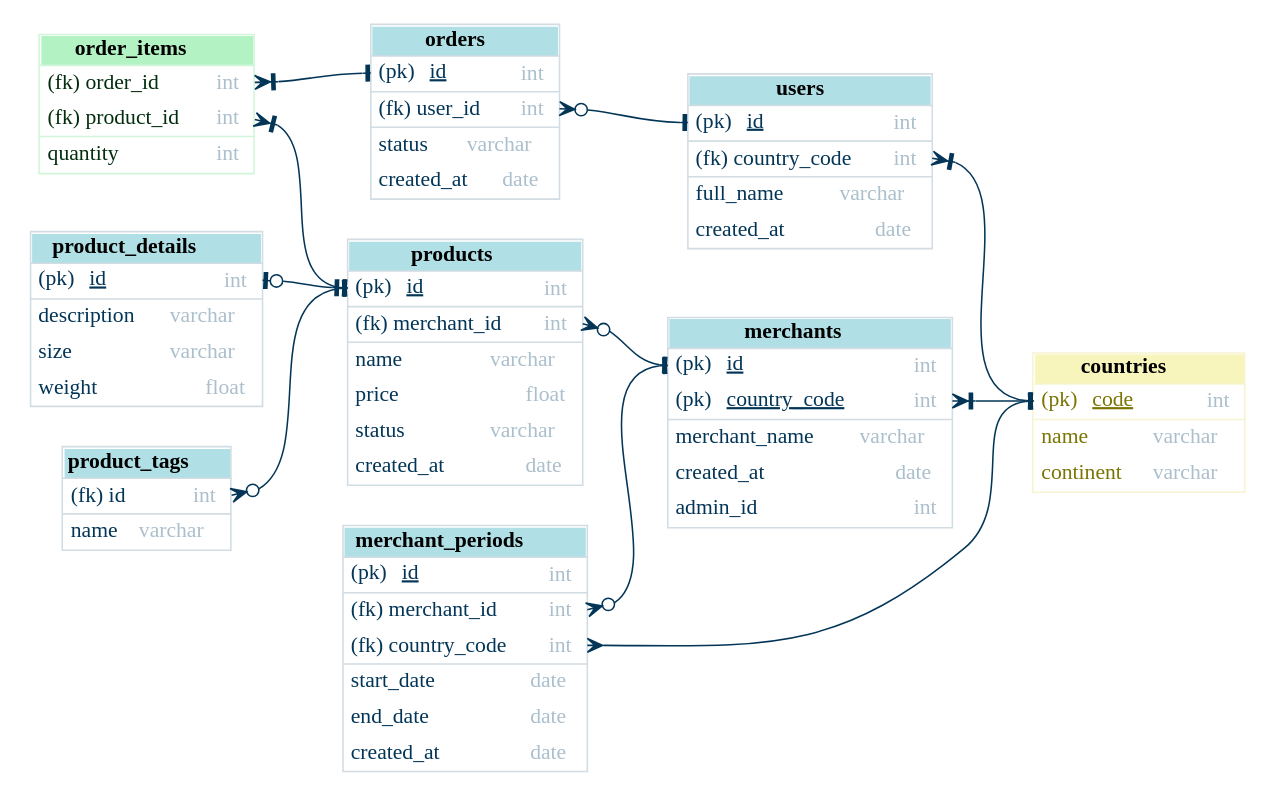
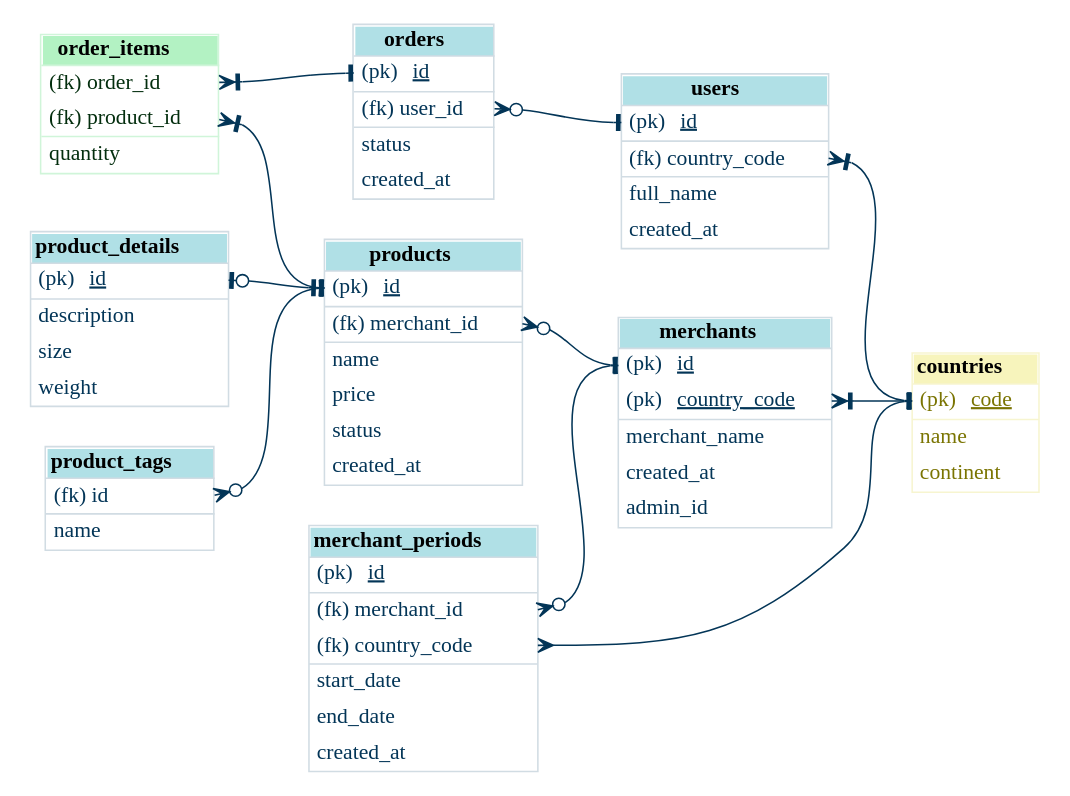
The diagram in example/sample_datamodel.gv (arnoN7/er_diagram_python), drawn with Graphviz before and after one commit. The commit also changed 4 other files, not shown here.

```diff
--- a/example/sample_datamodel.gv
+++ b/example/sample_datamodel.gv
@@ -8,35 +8,35 @@
     <td ALIGN="left" BALIGN="LEFT" BORDER="0" PORT="id">
         <table BORDER="0" cellspacing="0" CELLBORDER="0"  >
             <tr>
-                <td ALIGN="left" BALIGN="LEFT" BORDER="0"><font color="#033557">(pk) <U ALIGN="left">id</U></font></td><td ALIGN="right"><font color="#abbfcc" >int</font></td></tr>
+                <td ALIGN="left" BALIGN="LEFT" BORDER="0"><font color="#033557">(pk) <U ALIGN="left">id</U></font></td></tr>
         </table>
     </td>
 </tr><tr>
     <td ALIGN="left" BALIGN="LEFT" BORDER="0" PORT="country_code">
         <table BORDER="0" cellspacing="0" CELLBORDER="0"  >
             <tr>
-                <td ALIGN="left" BALIGN="LEFT" BORDER="0"><font color="#033557">(pk) <U ALIGN="left">country_code</U></font></td><td ALIGN="right"><font color="#abbfcc" >int</font></td></tr>
+                <td ALIGN="left" BALIGN="LEFT" BORDER="0"><font color="#033557">(pk) <U ALIGN="left">country_code</U></font></td></tr>
         </table>
     </td>
 </tr><HR/><tr>
     <td ALIGN="left" BALIGN="LEFT" BORDER="0" PORT="merchant_name">
         <table BORDER="0" cellspacing="0" CELLBORDER="0"  >
             <tr>
-                <td ALIGN="left" BALIGN="LEFT" BORDER="0"><font color="#033557">merchant_name</font></td><td ALIGN="right"><font color="#abbfcc" >varchar</font></td></tr>
+                <td ALIGN="left" BALIGN="LEFT" BORDER="0"><font color="#033557">merchant_name</font></td></tr>
         </table>
     </td>
 </tr><tr>
     <td ALIGN="left" BALIGN="LEFT" BORDER="0" PORT="created_at">
         <table BORDER="0" cellspacing="0" CELLBORDER="0"  >
             <tr>
-                <td ALIGN="left" BALIGN="LEFT" BORDER="0"><font color="#033557">created_at</font></td><td ALIGN="right"><font color="#abbfcc" >date</font></td></tr>
+                <td ALIGN="left" BALIGN="LEFT" BORDER="0"><font color="#033557">created_at</font></td></tr>
         </table>
     </td>
 </tr><tr>
     <td ALIGN="left" BALIGN="LEFT" BORDER="0" PORT="admin_id">
         <table BORDER="0" cellspacing="0" CELLBORDER="0"  >
             <tr>
-                <td ALIGN="left" BALIGN="LEFT" BORDER="0"><font color="#033557">admin_id</font></td><td ALIGN="right"><font color="#abbfcc" >int</font></td></tr>
+                <td ALIGN="left" BALIGN="LEFT" BORDER="0"><font color="#033557">admin_id</font></td></tr>
         </table>
     </td>
 </tr></table>> shape=none]
@@ -48,28 +48,28 @@
     <td ALIGN="left" BALIGN="LEFT" BORDER="0" PORT="id">
         <table BORDER="0" cellspacing="0" CELLBORDER="0"  >
             <tr>
-                <td ALIGN="left" BALIGN="LEFT" BORDER="0"><font color="#033557">(pk) <U ALIGN="left">id</U></font></td><td ALIGN="right"><font color="#abbfcc" >int</font></td></tr>
+                <td ALIGN="left" BALIGN="LEFT" BORDER="0"><font color="#033557">(pk) <U ALIGN="left">id</U></font></td></tr>
         </table>
     </td>
 </tr><HR/><tr>
     <td ALIGN="left" BALIGN="LEFT" BORDER="0" PORT="country_code">
         <table BORDER="0" cellspacing="0" CELLBORDER="0"  >
             <tr>
-                <td ALIGN="left" BALIGN="LEFT" BORDER="0"><font color="#033557">(fk) country_code</font></td><td ALIGN="right"><font color="#abbfcc" >int</font></td></tr>
+                <td ALIGN="left" BALIGN="LEFT" BORDER="0"><font color="#033557">(fk) country_code</font></td></tr>
         </table>
     </td>
 </tr><HR/><tr>
     <td ALIGN="left" BALIGN="LEFT" BORDER="0" PORT="full_name">
         <table BORDER="0" cellspacing="0" CELLBORDER="0"  >
             <tr>
-                <td ALIGN="left" BALIGN="LEFT" BORDER="0"><font color="#033557">full_name</font></td><td ALIGN="right"><font color="#abbfcc" >varchar</font></td></tr>
+                <td ALIGN="left" BALIGN="LEFT" BORDER="0"><font color="#033557">full_name</font></td></tr>
         </table>
     </td>
 </tr><tr>
     <td ALIGN="left" BALIGN="LEFT" BORDER="0" PORT="created_at">
         <table BORDER="0" cellspacing="0" CELLBORDER="0"  >
             <tr>
-                <td ALIGN="left" BALIGN="LEFT" BORDER="0"><font color="#033557">created_at</font></td><td ALIGN="right"><font color="#abbfcc" >date</font></td></tr>
+                <td ALIGN="left" BALIGN="LEFT" BORDER="0"><font color="#033557">created_at</font></td></tr>
         </table>
     </td>
 </tr></table>> shape=none]
@@ -81,21 +81,21 @@
     <td ALIGN="left" BALIGN="LEFT" BORDER="0" PORT="code">
         <table BORDER="0" cellspacing="0" CELLBORDER="0"  >
             <tr>
-                <td ALIGN="left" BALIGN="LEFT" BORDER="0"><font color="#7a7402">(pk) <U ALIGN="left">code</U></font></td><td ALIGN="right"><font color="#abbfcc" >int</font></td></tr>
+                <td ALIGN="left" BALIGN="LEFT" BORDER="0"><font color="#7a7402">(pk) <U ALIGN="left">code</U></font></td></tr>
         </table>
     </td>
 </tr><HR/><tr>
     <td ALIGN="left" BALIGN="LEFT" BORDER="0" PORT="name">
         <table BORDER="0" cellspacing="0" CELLBORDER="0"  >
             <tr>
-                <td ALIGN="left" BALIGN="LEFT" BORDER="0"><font color="#7a7402">name</font></td><td ALIGN="right"><font color="#abbfcc" >varchar</font></td></tr>
+                <td ALIGN="left" BALIGN="LEFT" BORDER="0"><font color="#7a7402">name</font></td></tr>
         </table>
     </td>
 </tr><tr>
     <td ALIGN="left" BALIGN="LEFT" BORDER="0" PORT="continent">
         <table BORDER="0" cellspacing="0" CELLBORDER="0"  >
             <tr>
-                <td ALIGN="left" BALIGN="LEFT" BORDER="0"><font color="#7a7402">continent</font></td><td ALIGN="right"><font color="#abbfcc" >varchar</font></td></tr>
+                <td ALIGN="left" BALIGN="LEFT" BORDER="0"><font color="#7a7402">continent</font></td></tr>
         </table>
     </td>
 </tr></table>> shape=none]
@@ -107,21 +107,21 @@
     <td ALIGN="left" BALIGN="LEFT" BORDER="0" PORT="order_id">
         <table BORDER="0" cellspacing="0" CELLBORDER="0"  >
             <tr>
-                <td ALIGN="left" BALIGN="LEFT" BORDER="0"><font color="#032e0e">(fk) order_id</font></td><td ALIGN="right"><font color="#abbfcc" >int</font></td></tr>
+                <td ALIGN="left" BALIGN="LEFT" BORDER="0"><font color="#032e0e">(fk) order_id</font></td></tr>
         </table>
     </td>
 </tr><tr>
     <td ALIGN="left" BALIGN="LEFT" BORDER="0" PORT="product_id">
         <table BORDER="0" cellspacing="0" CELLBORDER="0"  >
             <tr>
-                <td ALIGN="left" BALIGN="LEFT" BORDER="0"><font color="#032e0e">(fk) product_id</font></td><td ALIGN="right"><font color="#abbfcc" >int</font></td></tr>
+                <td ALIGN="left" BALIGN="LEFT" BORDER="0"><font color="#032e0e">(fk) product_id</font></td></tr>
         </table>
     </td>
 </tr><HR/><tr>
     <td ALIGN="left" BALIGN="LEFT" BORDER="0" PORT="quantity">
         <table BORDER="0" cellspacing="0" CELLBORDER="0"  >
             <tr>
-                <td ALIGN="left" BALIGN="LEFT" BORDER="0"><font color="#032e0e">quantity</font></td><td ALIGN="right"><font color="#abbfcc" >int</font></td></tr>
+                <td ALIGN="left" BALIGN="LEFT" BORDER="0"><font color="#032e0e">quantity</font></td></tr>
         </table>
     </td>
 </tr></table>> shape=none]
@@ -133,28 +133,28 @@
     <td ALIGN="left" BALIGN="LEFT" BORDER="0" PORT="id">
         <table BORDER="0" cellspacing="0" CELLBORDER="0"  >
             <tr>
-                <td ALIGN="left" BALIGN="LEFT" BORDER="0"><font color="#033557">(pk) <U ALIGN="left">id</U></font></td><td ALIGN="right"><font color="#abbfcc" >int</font></td></tr>
+                <td ALIGN="left" BALIGN="LEFT" BORDER="0"><font color="#033557">(pk) <U ALIGN="left">id</U></font></td></tr>
         </table>
     </td>
 </tr><HR/><tr>
     <td ALIGN="left" BALIGN="LEFT" BORDER="0" PORT="user_id">
         <table BORDER="0" cellspacing="0" CELLBORDER="0"  >
             <tr>
-                <td ALIGN="left" BALIGN="LEFT" BORDER="0"><font color="#033557">(fk) user_id</font></td><td ALIGN="right"><font color="#abbfcc" >int</font></td></tr>
+                <td ALIGN="left" BALIGN="LEFT" BORDER="0"><font color="#033557">(fk) user_id</font></td></tr>
         </table>
     </td>
 </tr><HR/><tr>
     <td ALIGN="left" BALIGN="LEFT" BORDER="0" PORT="status">
         <table BORDER="0" cellspacing="0" CELLBORDER="0"  >
             <tr>
-                <td ALIGN="left" BALIGN="LEFT" BORDER="0"><font color="#033557">status</font></td><td ALIGN="right"><font color="#abbfcc" >varchar</font></td></tr>
+                <td ALIGN="left" BALIGN="LEFT" BORDER="0"><font color="#033557">status</font></td></tr>
         </table>
     </td>
 </tr><tr>
     <td ALIGN="left" BALIGN="LEFT" BORDER="0" PORT="created_at">
         <table BORDER="0" cellspacing="0" CELLBORDER="0"  >
             <tr>
-                <td ALIGN="left" BALIGN="LEFT" BORDER="0"><font color="#033557">created_at</font></td><td ALIGN="right"><font color="#abbfcc" >date</font></td></tr>
+                <td ALIGN="left" BALIGN="LEFT" BORDER="0"><font color="#033557">created_at</font></td></tr>
         </table>
     </td>
 </tr></table>> shape=none]
@@ -166,42 +166,42 @@
     <td ALIGN="left" BALIGN="LEFT" BORDER="0" PORT="id">
         <table BORDER="0" cellspacing="0" CELLBORDER="0"  >
             <tr>
-                <td ALIGN="left" BALIGN="LEFT" BORDER="0"><font color="#033557">(pk) <U ALIGN="left">id</U></font></td><td ALIGN="right"><font color="#abbfcc" >int</font></td></tr>
+                <td ALIGN="left" BALIGN="LEFT" BORDER="0"><font color="#033557">(pk) <U ALIGN="left">id</U></font></td></tr>
         </table>
     </td>
 </tr><HR/><tr>
     <td ALIGN="left" BALIGN="LEFT" BORDER="0" PORT="merchant_id">
         <table BORDER="0" cellspacing="0" CELLBORDER="0"  >
             <tr>
-                <td ALIGN="left" BALIGN="LEFT" BORDER="0"><font color="#033557">(fk) merchant_id</font></td><td ALIGN="right"><font color="#abbfcc" >int</font></td></tr>
+                <td ALIGN="left" BALIGN="LEFT" BORDER="0"><font color="#033557">(fk) merchant_id</font></td></tr>
         </table>
     </td>
 </tr><HR/><tr>
     <td ALIGN="left" BALIGN="LEFT" BORDER="0" PORT="name">
         <table BORDER="0" cellspacing="0" CELLBORDER="0"  >
             <tr>
-                <td ALIGN="left" BALIGN="LEFT" BORDER="0"><font color="#033557">name</font></td><td ALIGN="right"><font color="#abbfcc" >varchar</font></td></tr>
+                <td ALIGN="left" BALIGN="LEFT" BORDER="0"><font color="#033557">name</font></td></tr>
         </table>
     </td>
 </tr><tr>
     <td ALIGN="left" BALIGN="LEFT" BORDER="0" PORT="price">
         <table BORDER="0" cellspacing="0" CELLBORDER="0"  >
             <tr>
-                <td ALIGN="left" BALIGN="LEFT" BORDER="0"><font color="#033557">price</font></td><td ALIGN="right"><font color="#abbfcc" >float</font></td></tr>
+                <td ALIGN="left" BALIGN="LEFT" BORDER="0"><font color="#033557">price</font></td></tr>
         </table>
     </td>
 </tr><tr>
     <td ALIGN="left" BALIGN="LEFT" BORDER="0" PORT="status">
         <table BORDER="0" cellspacing="0" CELLBORDER="0"  >
             <tr>
-                <td ALIGN="left" BALIGN="LEFT" BORDER="0"><font color="#033557">status</font></td><td ALIGN="right"><font color="#abbfcc" >varchar</font></td></tr>
+                <td ALIGN="left" BALIGN="LEFT" BORDER="0"><font color="#033557">status</font></td></tr>
         </table>
     </td>
 </tr><tr>
     <td ALIGN="left" BALIGN="LEFT" BORDER="0" PORT="created_at">
         <table BORDER="0" cellspacing="0" CELLBORDER="0"  >
             <tr>
-                <td ALIGN="left" BALIGN="LEFT" BORDER="0"><font color="#033557">created_at</font></td><td ALIGN="right"><font color="#abbfcc" >date</font></td></tr>
+                <td ALIGN="left" BALIGN="LEFT" BORDER="0"><font color="#033557">created_at</font></td></tr>
         </table>
     </td>
 </tr></table>> shape=none]
@@ -213,28 +213,28 @@
     <td ALIGN="left" BALIGN="LEFT" BORDER="0" PORT="id">
         <table BORDER="0" cellspacing="0" CELLBORDER="0"  >
             <tr>
-                <td ALIGN="left" BALIGN="LEFT" BORDER="0"><font color="#033557">(pk) <U ALIGN="left">id</U></font></td><td ALIGN="right"><font color="#abbfcc" >int</font></td></tr>
+                <td ALIGN="left" BALIGN="LEFT" BORDER="0"><font color="#033557">(pk) <U ALIGN="left">id</U></font></td></tr>
         </table>
     </td>
 </tr><HR/><tr>
     <td ALIGN="left" BALIGN="LEFT" BORDER="0" PORT="description">
         <table BORDER="0" cellspacing="0" CELLBORDER="0"  >
             <tr>
-                <td ALIGN="left" BALIGN="LEFT" BORDER="0"><font color="#033557">description</font></td><td ALIGN="right"><font color="#abbfcc" >varchar</font></td></tr>
+                <td ALIGN="left" BALIGN="LEFT" BORDER="0"><font color="#033557">description</font></td></tr>
         </table>
     </td>
 </tr><tr>
     <td ALIGN="left" BALIGN="LEFT" BORDER="0" PORT="size">
         <table BORDER="0" cellspacing="0" CELLBORDER="0"  >
             <tr>
-                <td ALIGN="left" BALIGN="LEFT" BORDER="0"><font color="#033557">size</font></td><td ALIGN="right"><font color="#abbfcc" >varchar</font></td></tr>
+                <td ALIGN="left" BALIGN="LEFT" BORDER="0"><font color="#033557">size</font></td></tr>
         </table>
     </td>
 </tr><tr>
     <td ALIGN="left" BALIGN="LEFT" BORDER="0" PORT="weight">
         <table BORDER="0" cellspacing="0" CELLBORDER="0"  >
             <tr>
-                <td ALIGN="left" BALIGN="LEFT" BORDER="0"><font color="#033557">weight</font></td><td ALIGN="right"><font color="#abbfcc" >float</font></td></tr>
+                <td ALIGN="left" BALIGN="LEFT" BORDER="0"><font color="#033557">weight</font></td></tr>
         </table>
     </td>
 </tr></table>> shape=none]
@@ -246,42 +246,42 @@
     <td ALIGN="left" BALIGN="LEFT" BORDER="0" PORT="id">
         <table BORDER="0" cellspacing="0" CELLBORDER="0"  >
             <tr>
-                <td ALIGN="left" BALIGN="LEFT" BORDER="0"><font color="#033557">(pk) <U ALIGN="left">id</U></font></td><td ALIGN="right"><font color="#abbfcc" >int</font></td></tr>
+                <td ALIGN="left" BALIGN="LEFT" BORDER="0"><font color="#033557">(pk) <U ALIGN="left">id</U></font></td></tr>
         </table>
     </td>
 </tr><HR/><tr>
     <td ALIGN="left" BALIGN="LEFT" BORDER="0" PORT="merchant_id">
         <table BORDER="0" cellspacing="0" CELLBORDER="0"  >
             <tr>
-                <td ALIGN="left" BALIGN="LEFT" BORDER="0"><font color="#033557">(fk) merchant_id</font></td><td ALIGN="right"><font color="#abbfcc" >int</font></td></tr>
+                <td ALIGN="left" BALIGN="LEFT" BORDER="0"><font color="#033557">(fk) merchant_id</font></td></tr>
         </table>
     </td>
 </tr><tr>
     <td ALIGN="left" BALIGN="LEFT" BORDER="0" PORT="country_code">
         <table BORDER="0" cellspacing="0" CELLBORDER="0"  >
             <tr>
-                <td ALIGN="left" BALIGN="LEFT" BORDER="0"><font color="#033557">(fk) country_code</font></td><td ALIGN="right"><font color="#abbfcc" >int</font></td></tr>
+                <td ALIGN="left" BALIGN="LEFT" BORDER="0"><font color="#033557">(fk) country_code</font></td></tr>
         </table>
     </td>
 </tr><HR/><tr>
     <td ALIGN="left" BALIGN="LEFT" BORDER="0" PORT="start_date">
         <table BORDER="0" cellspacing="0" CELLBORDER="0"  >
             <tr>
-                <td ALIGN="left" BALIGN="LEFT" BORDER="0"><font color="#033557">start_date</font></td><td ALIGN="right"><font color="#abbfcc" >date</font></td></tr>
+                <td ALIGN="left" BALIGN="LEFT" BORDER="0"><font color="#033557">start_date</font></td></tr>
         </table>
     </td>
 </tr><tr>
     <td ALIGN="left" BALIGN="LEFT" BORDER="0" PORT="end_date">
         <table BORDER="0" cellspacing="0" CELLBORDER="0"  >
             <tr>
-                <td ALIGN="left" BALIGN="LEFT" BORDER="0"><font color="#033557">end_date</font></td><td ALIGN="right"><font color="#abbfcc" >date</font></td></tr>
+                <td ALIGN="left" BALIGN="LEFT" BORDER="0"><font color="#033557">end_date</font></td></tr>
         </table>
     </td>
 </tr><tr>
     <td ALIGN="left" BALIGN="LEFT" BORDER="0" PORT="created_at">
         <table BORDER="0" cellspacing="0" CELLBORDER="0"  >
             <tr>
-                <td ALIGN="left" BALIGN="LEFT" BORDER="0"><font color="#033557">created_at</font></td><td ALIGN="right"><font color="#abbfcc" >date</font></td></tr>
+                <td ALIGN="left" BALIGN="LEFT" BORDER="0"><font color="#033557">created_at</font></td></tr>
         </table>
     </td>
 </tr></table>> shape=none]
@@ -293,14 +293,14 @@
     <td ALIGN="left" BALIGN="LEFT" BORDER="0" PORT="id">
         <table BORDER="0" cellspacing="0" CELLBORDER="0"  >
             <tr>
-                <td ALIGN="left" BALIGN="LEFT" BORDER="0"><font color="#033557">(fk) id</font></td><td ALIGN="right"><font color="#abbfcc" >int</font></td></tr>
+                <td ALIGN="left" BALIGN="LEFT" BORDER="0"><font color="#033557">(fk) id</font></td></tr>
         </table>
     </td>
 </tr><HR/><tr>
     <td ALIGN="left" BALIGN="LEFT" BORDER="0" PORT="name">
         <table BORDER="0" cellspacing="0" CELLBORDER="0"  >
             <tr>
-                <td ALIGN="left" BALIGN="LEFT" BORDER="0"><font color="#033557">name</font></td><td ALIGN="right"><font color="#abbfcc" >varchar</font></td></tr>
+                <td ALIGN="left" BALIGN="LEFT" BORDER="0"><font color="#033557">name</font></td></tr>
         </table>
     </td>
 </tr></table>> shape=none]
```
